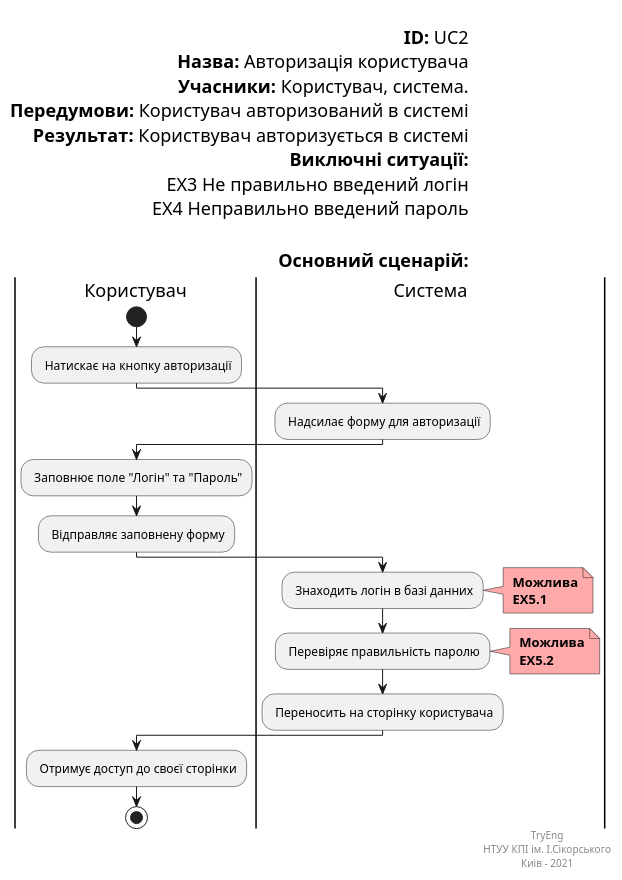
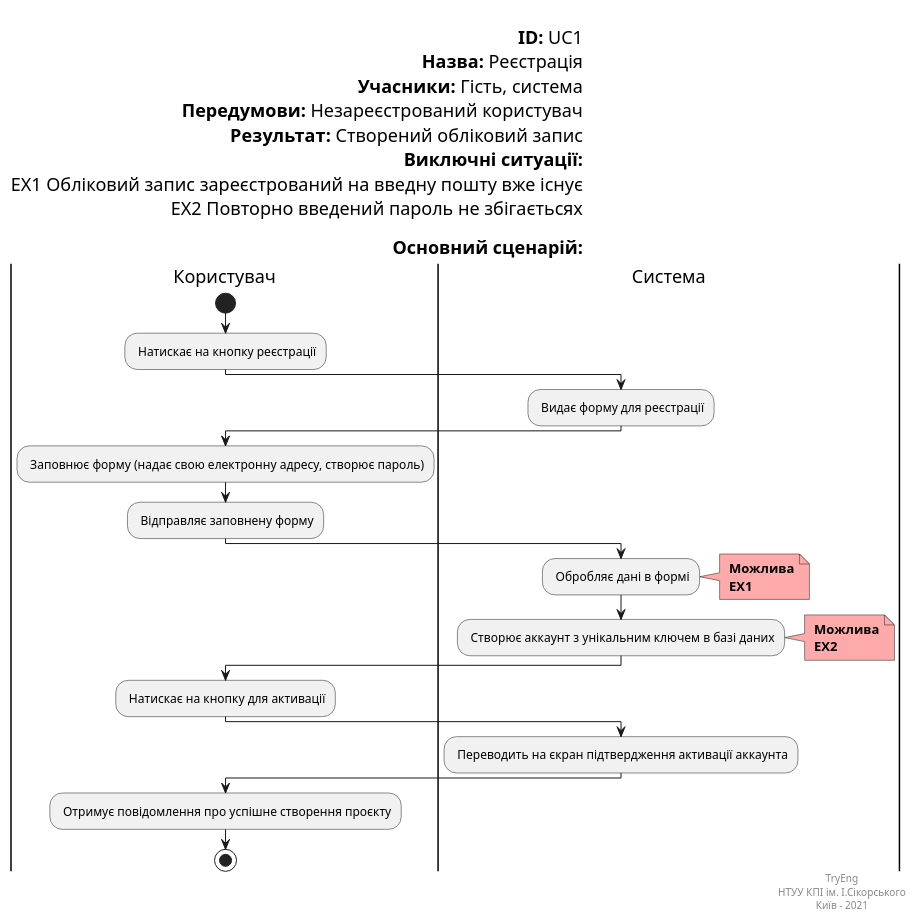
Before and after one commit to Oleh-Khomenko/Tryeng: the diagram in docs/use cases/Register.puml, drawn with PlantUML.

```diff
--- a/docs/use cases/Register.puml
+++ b/docs/use cases/Register.puml
@@ -1,57 +1,65 @@
 @startuml
 left header
 
-        <font color=000 size=18><b>ID:</b> UC2
-        <font color=000 size=18><b>Назва:</b> Авторизація користувача
-        <font color=000 size=18><b>Учасники:</b> Користувач, система.
-        <font color=000 size=18><b>Передумови:</b> Користувач авторизований в системі
-        <font color=000 size=18><b>Результат:</b> Користвувач авторизується в системі
+        <font color=000 size=18><b>ID:</b> UC1
+        <font color=000 size=18><b>Назва:</b> Реєстрація
+        <font color=000 size=18><b>Учасники:</b> Гість, система
+        <font color=000 size=18><b>Передумови:</b> Незареєстрований користувач
+        <font color=000 size=18><b>Результат:</b> Створений обліковий запис
         <font color=000 size=18><b>Виключні ситуації:</b>
-        <font color=000 size=18> EX3 Не правильно введений логін
-        <font color=000 size=18> EX4 Неправильно введений пароль
-
+        <font color=000 size=18> EX1 Обліковий запис зареєстрований на введну пошту вже існує
+        <font color=000 size=18> EX2 Повторно введений пароль не збігаєтьсях
 
         <font color=000 size=18><b>Основний сценарій:</b>
     end header
 
     |Користувач|
         start
         
-        : Натискає на кнопку авторизації;
+        : Натискає на кнопку реєстрації;
         
     |Система|
         
-        : Надсилає форму для авторизації;
+        : Видає форму для реєстрації;
 
     |Користувач|
     
-        : Заповнює поле "Логін" та "Пароль";
+        : Заповнює форму (надає свою електронну адресу, створює пароль);
         : Відправляє заповнену форму;
         
     |Система|
     
-        : Знаходить логін в базі данних;
+        : Обробляє дані в формі;
          note right #ffaaaa
         <b> Можлива
-        <b> EX5.1
+        <b> EX1
         end note
         
-        : Перевіряє правильність паролю; 
+        : Створює аккаунт з унікальним ключем в базі даних;
         note right #ffaaaa
         <b> Можлива
-        <b> EX5.2
+        <b> EX2
         end note
         
-        : Переносить на сторінку користувача;
     
     |Користувач|
         
-        : Отримує доступ до своєї сторінки;
+        : Натискає на кнопку для активації;
+
+    |Система|
+        
+        : Переводить на єкран підтвердження активації аккаунта;
+       
+    
+    |Користувач|
+        
+        : Отримує повідомлення про успішне створення проєкту;
+        
         stop;
     
 right footer
 TryEng
 НТУУ КПІ ім. І.Сікорського
-Киів - 2021
+Київ - 2021
 end footer
 @enduml
```
